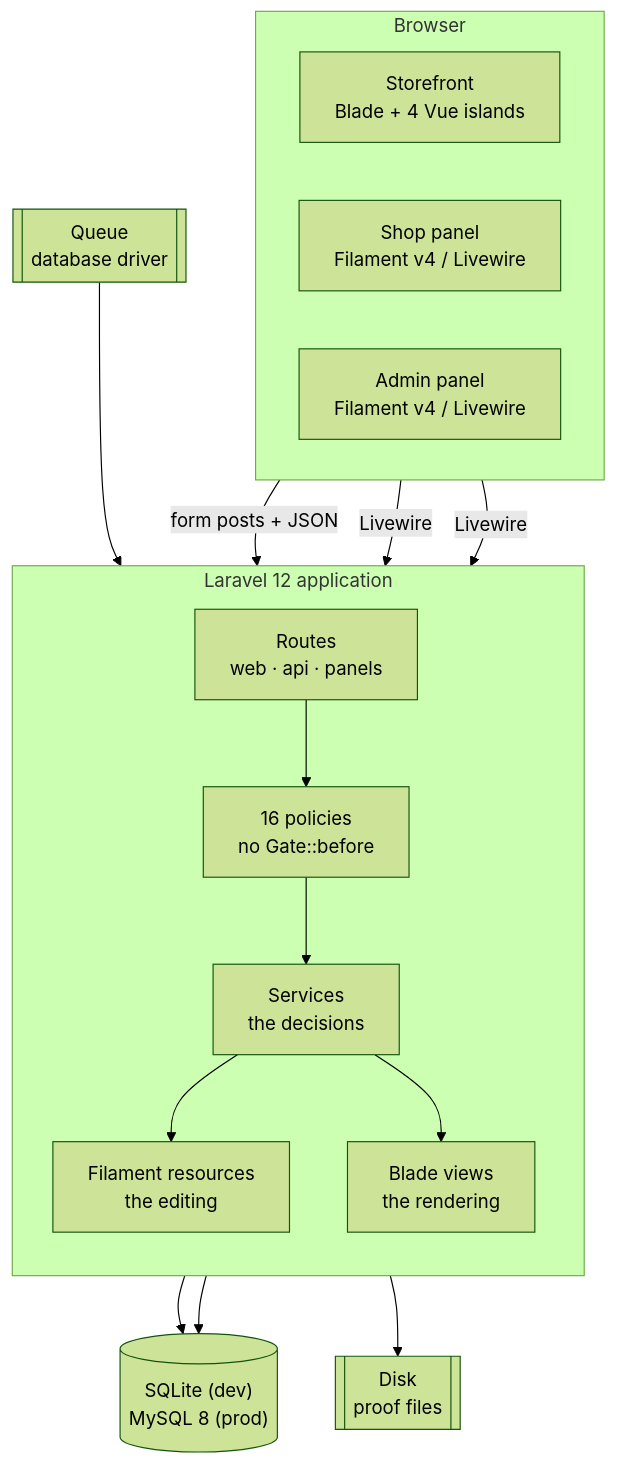
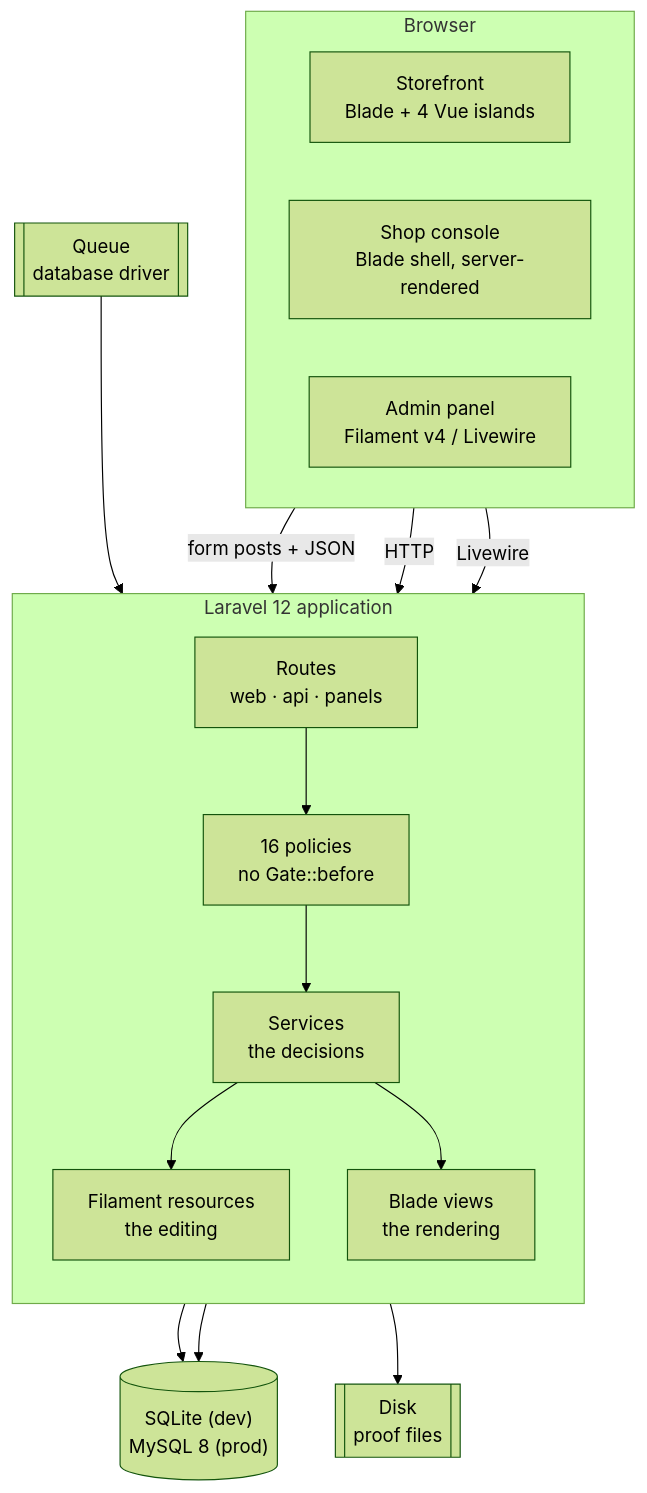
One commit to pasinosvictorianodyanna-hub/TarpaLink changed the second of 7 diagrams in docs/ARCHITECTURE.md. Above: the diagram before and after it, drawn with Mermaid (forest theme). The commit also changed other lines of this file and 35 other files, not shown here.

````diff
--- a/docs/ARCHITECTURE.md
+++ b/docs/ARCHITECTURE.md
@@ -49,33 +49,33 @@
 ```mermaid
 flowchart TB
     subgraph Browser["Browser"]
         direction LR
         SB["Storefront<br/>Blade + 4 Vue islands"]
-        SP["Shop panel<br/>Filament v4 / Livewire"]
+        SC["Shop console<br/>Blade shell, server-rendered"]
         AP["Admin panel<br/>Filament v4 / Livewire"]
     end
 
     subgraph App["Laravel 12 application"]
         direction TB
         R["Routes<br/>web · api · panels"]
         POL["16 policies<br/>no Gate::before"]
         SVC["Services<br/>the decisions"]
         FIL["Filament resources<br/>the editing"]
         BL["Blade views<br/>the rendering"]
     end
 
     DB[("SQLite (dev)<br/>MySQL 8 (prod)")]
     Q[["Queue<br/>database driver"]]
     FS[["Disk<br/>proof files"]]
 
     SB -->|"form posts + JSON"| R
-    SP -->|"Livewire"| R
+    SC -->|"HTTP"| R
     AP -->|"Livewire"| R
     R --> POL --> SVC
     SVC --> FIL
     SVC --> BL
     SVC --> DB
     R --> DB
     Q --> SVC
     SVC --> FS
 ```
````
